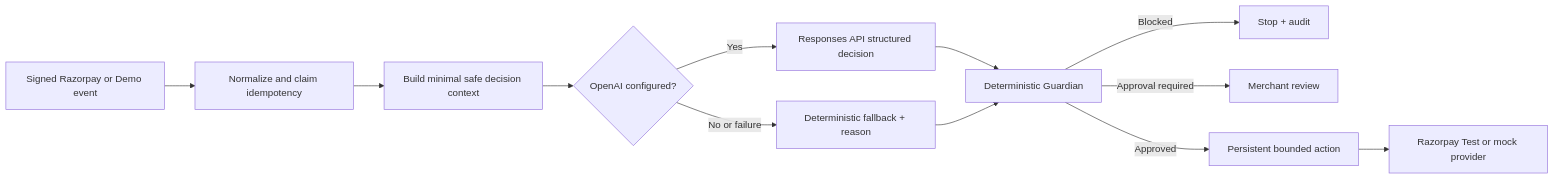
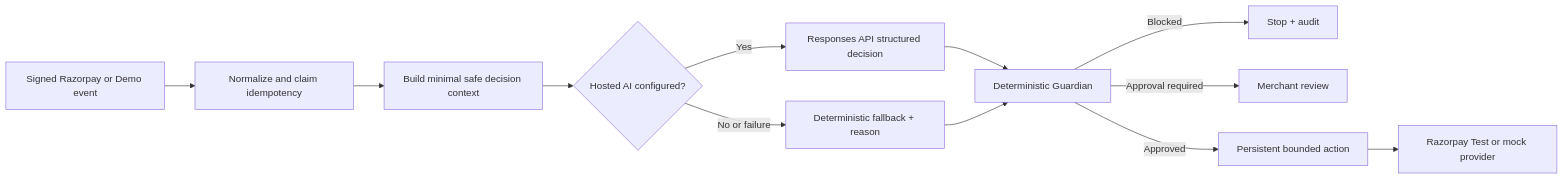
One commit to joshhaydenkings/pulseback-revenue-recovery changed the diagram in ARCHITECTURE.md. Above: the diagram before and after it, drawn with Mermaid. The commit also changed other lines of this file and 18 other files, not shown here.

````diff
--- a/ARCHITECTURE.md
+++ b/ARCHITECTURE.md
@@ -16,14 +16,14 @@
 ```mermaid
 flowchart LR
   E[Signed Razorpay or Demo event] --> N[Normalize and claim idempotency]
   N --> C[Build minimal safe decision context]
-  C --> O{OpenAI configured?}
+  C --> O{Hosted AI configured?}
   O -->|Yes| R[Responses API structured decision]
   O -->|No or failure| F[Deterministic fallback + reason]
   R --> G[Deterministic Guardian]
   F --> G
   G -->|Blocked| S[Stop + audit]
   G -->|Approval required| M[Merchant review]
   G -->|Approved| A[Persistent bounded action]
   A --> P[Razorpay Test or mock provider]
 ```
````
